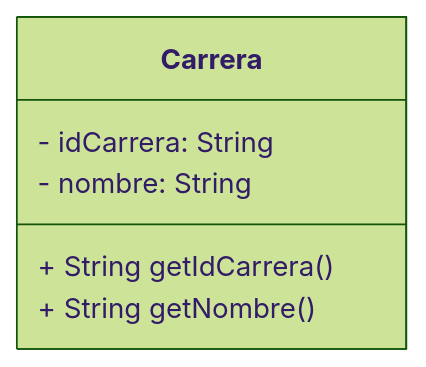
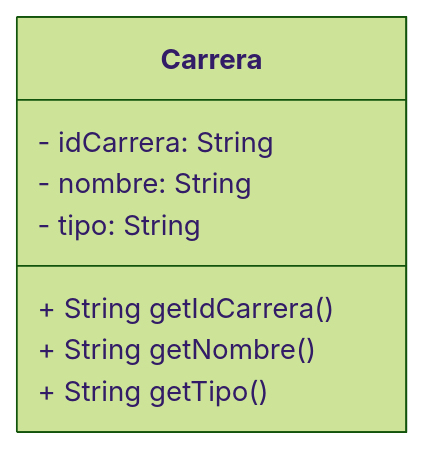
One commit to Aireck2/take-attendance-java changed the diagram in docs/models/Carrera.mmd. Above: the diagram before and after it, drawn with Mermaid (forest theme). The commit also changed 10 other files, not shown here.

Commit message:
docs(docs): update class diagrams

```diff
--- a/docs/models/Carrera.mmd
+++ b/docs/models/Carrera.mmd
@@ -1,7 +1,9 @@
 classDiagram
     class Carrera {
         - idCarrera: String
         - nombre: String
+        - tipo: String
         + String getIdCarrera()
         + String getNombre()
+        + String getTipo()
     }
```
